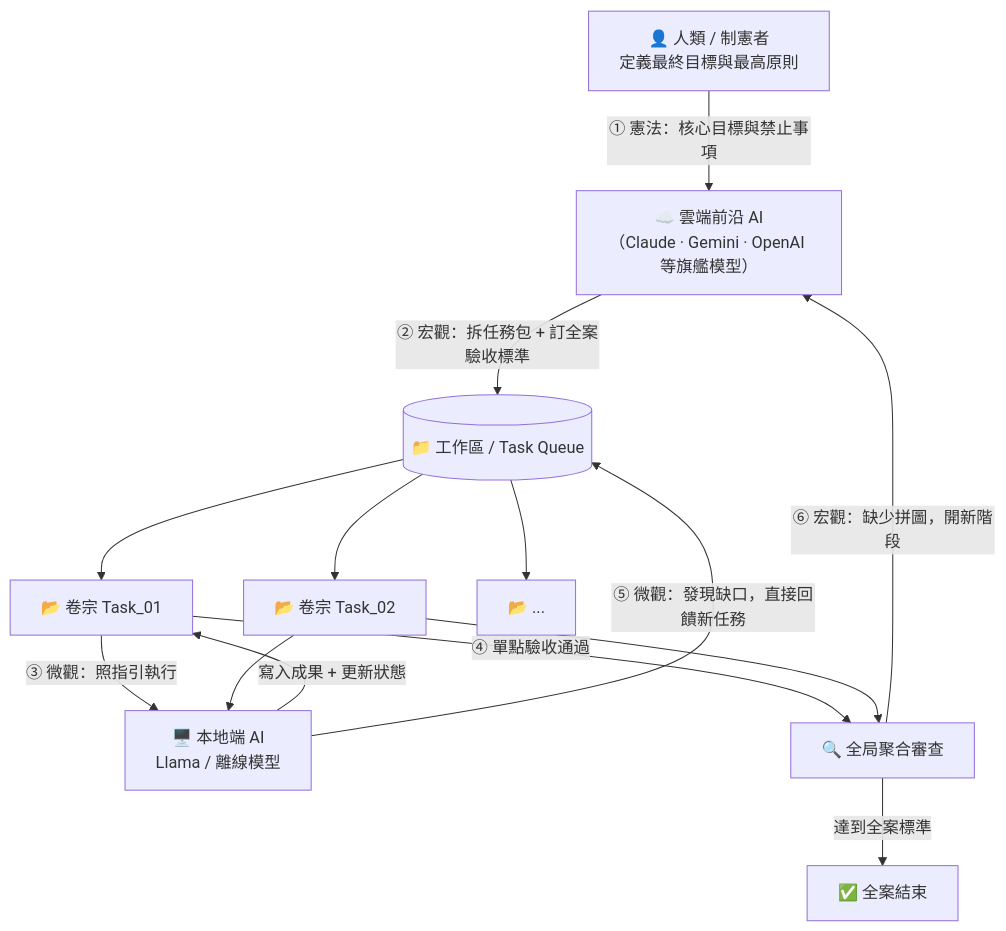
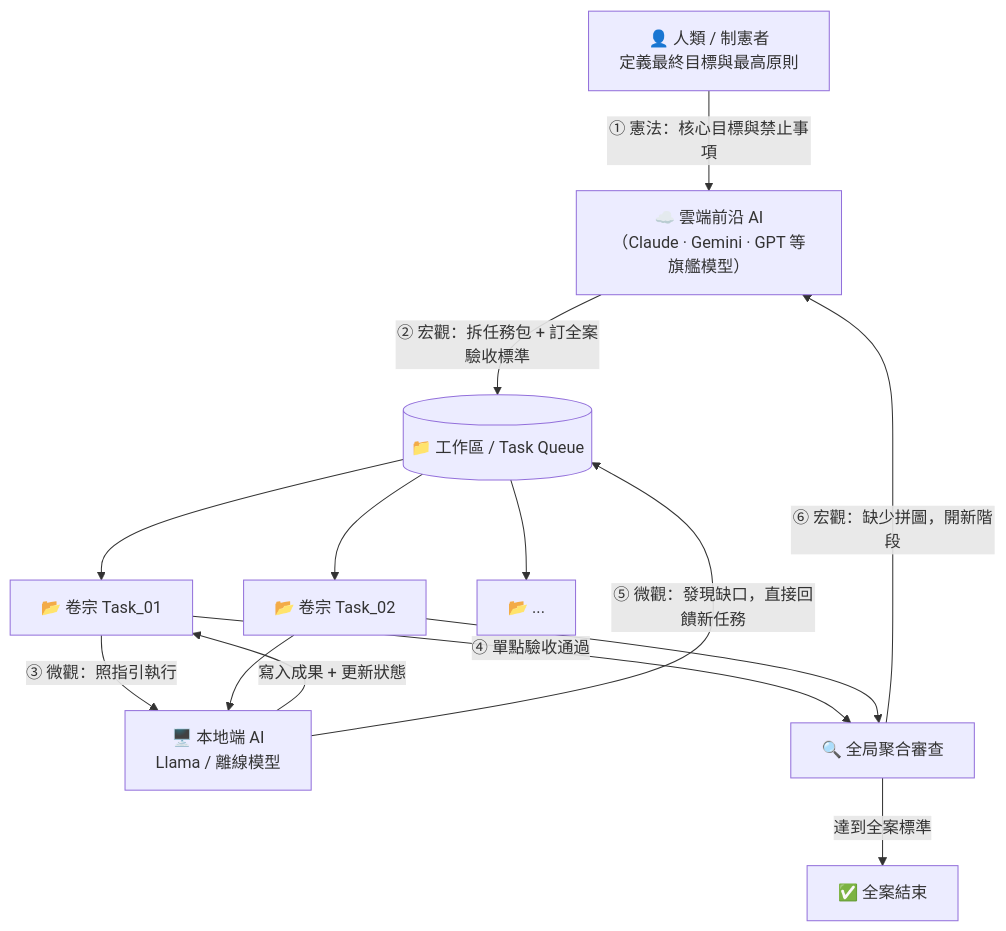
One commit to Chiakai-Chang/Local-Agent-Workspace changed the diagram in C.A.S.E._Framework/README.md. Above: the diagram before and after it, drawn with Mermaid. The commit also changed 3 other files, not shown here.

````diff
--- a/C.A.S.E._Framework/README.md
+++ b/C.A.S.E._Framework/README.md
@@ -12,26 +12,26 @@
 ```mermaid
 graph TD
     H["👤 人類 / 制憲者<br/>定義最終目標與最高原則"]
-    C["☁️ 雲端前沿 AI<br/>（Claude · Gemini · OpenAI 等旗艦模型）"]
+    C["☁️ 雲端前沿 AI<br/>（Claude · Gemini · GPT 等旗艦模型）"]
     TQ[("📁 工作區 / Task Queue")]
     T1["📂 卷宗 Task_01"]
     T2["📂 卷宗 Task_02"]
     TN["📂 ..."]
     LA["🖥️ 本地端 AI<br/>Llama / 離線模型"]
     AGG["🔍 全局聚合審查"]
     DONE["✅ 全案結束"]
 
     H -->|"① 憲法：核心目標與禁止事項"| C
     C -->|"② 宏觀：拆任務包 + 訂全案驗收標準"| TQ
     TQ --> T1
     TQ --> T2
     TQ --> TN
     T1 -->|"③ 微觀：照指引執行"| LA
     LA -->|"寫入成果 + 更新狀態"| T1
     T2 --> LA
     T1 -->|"④ 單點驗收通過"| AGG
     T2 --> AGG
     AGG -->|"達到全案標準"| DONE
     AGG -->|"⑥ 宏觀：缺少拼圖，開新階段"| C
     LA -->|"⑤ 微觀：發現缺口，直接回饋新任務"| TQ
 ```
````
